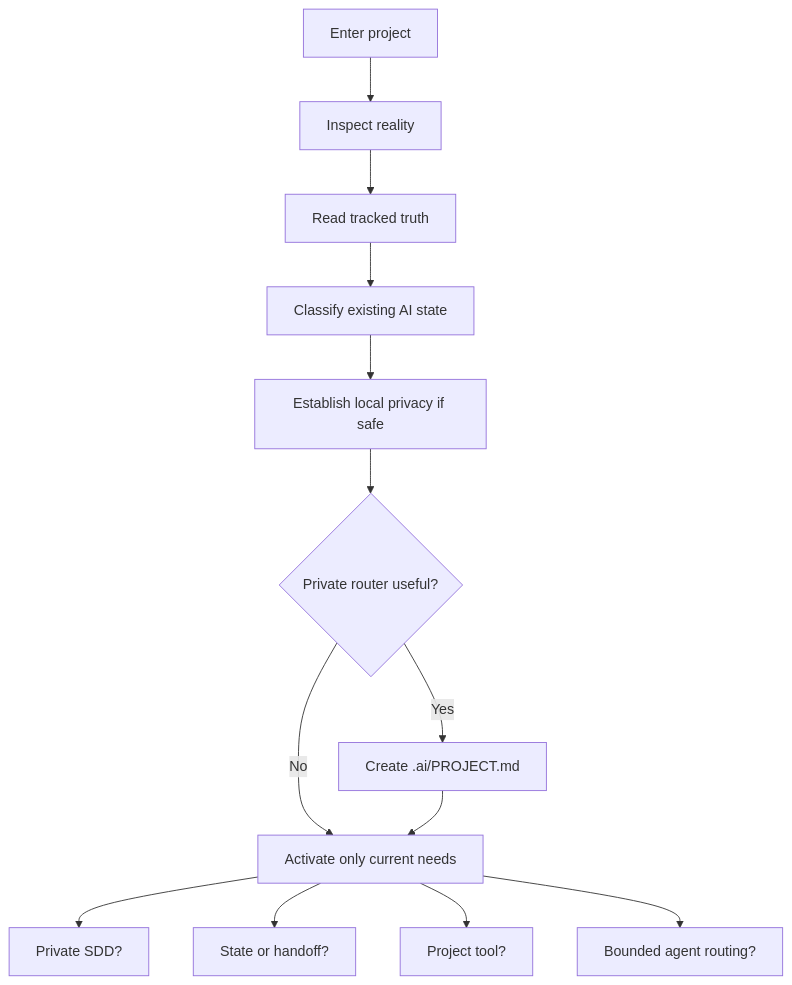
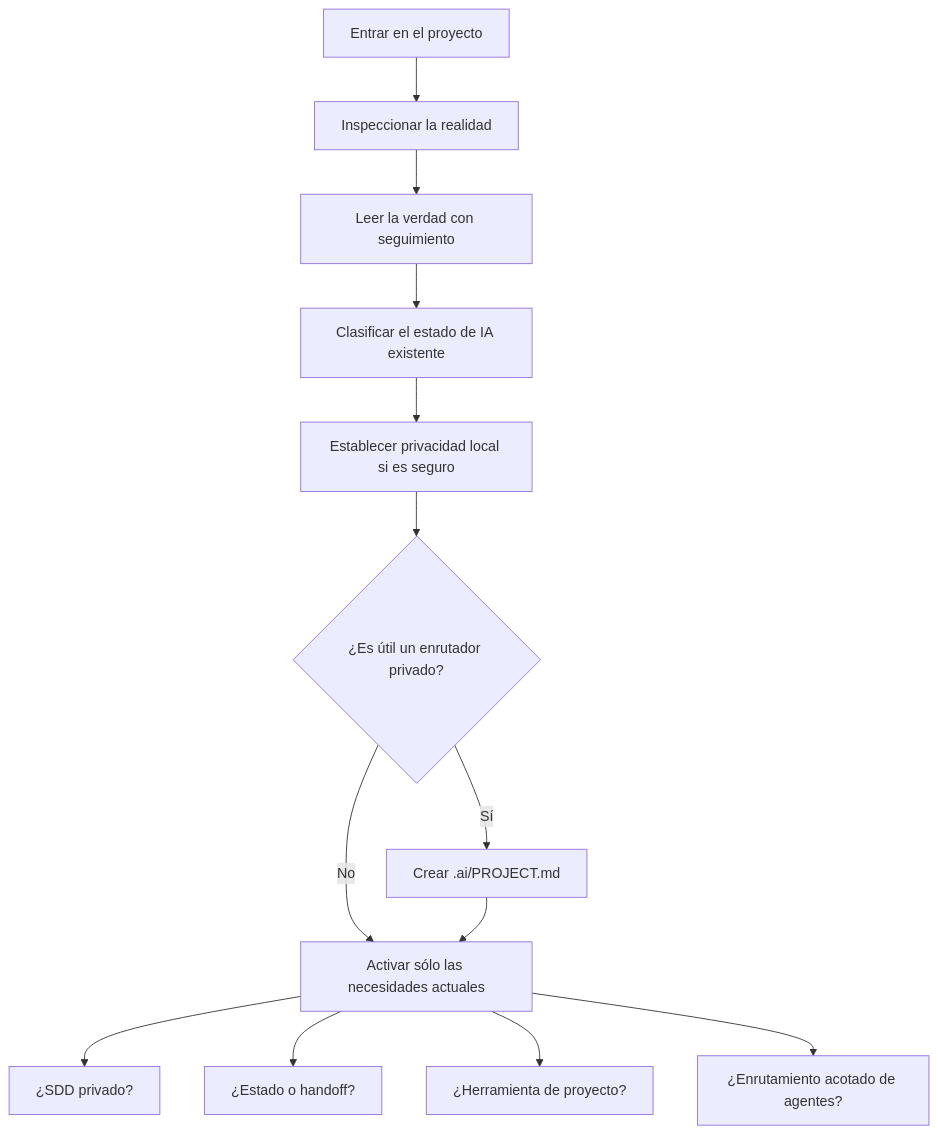
Before and after one commit to der-kaffe/bio-harness: the diagram in docs/project-bootstrap.md, drawn with Mermaid. The commit also changed other lines of this file and 27 other files, not shown here.

````diff
--- a/docs/project-bootstrap.md
+++ b/docs/project-bootstrap.md
@@ -5,15 +5,15 @@
 ```mermaid
 flowchart TD
-    E[Enter project] --> I[Inspect reality]
-    I --> T[Read tracked truth]
-    T --> C[Classify existing AI state]
-    C --> P[Establish local privacy if safe]
-    P --> R{Private router useful?}
-    R -->|No| A[Activate only current needs]
-    R -->|Yes| PR[Create .ai/PROJECT.md]
+    E[Entrar en el proyecto] --> I[Inspeccionar la realidad]
+    I --> T[Leer la verdad con seguimiento]
+    T --> C[Clasificar el estado de IA existente]
+    C --> P[Establecer privacidad local si es seguro]
+    P --> R{¿Es útil un enrutador privado?}
+    R -->|No| A[Activar sólo las necesidades actuales]
+    R -->|Sí| PR[Crear .ai/PROJECT.md]
     PR --> A
-    A --> S[Private SDD?]
-    A --> ST[State or handoff?]
-    A --> TL[Project tool?]
-    A --> AG[Bounded agent routing?]
+    A --> S[¿SDD privado?]
+    A --> ST[¿Estado o handoff?]
+    A --> TL[¿Herramienta de proyecto?]
+    A --> AG[¿Enrutamiento acotado de agentes?]
 ```
````
